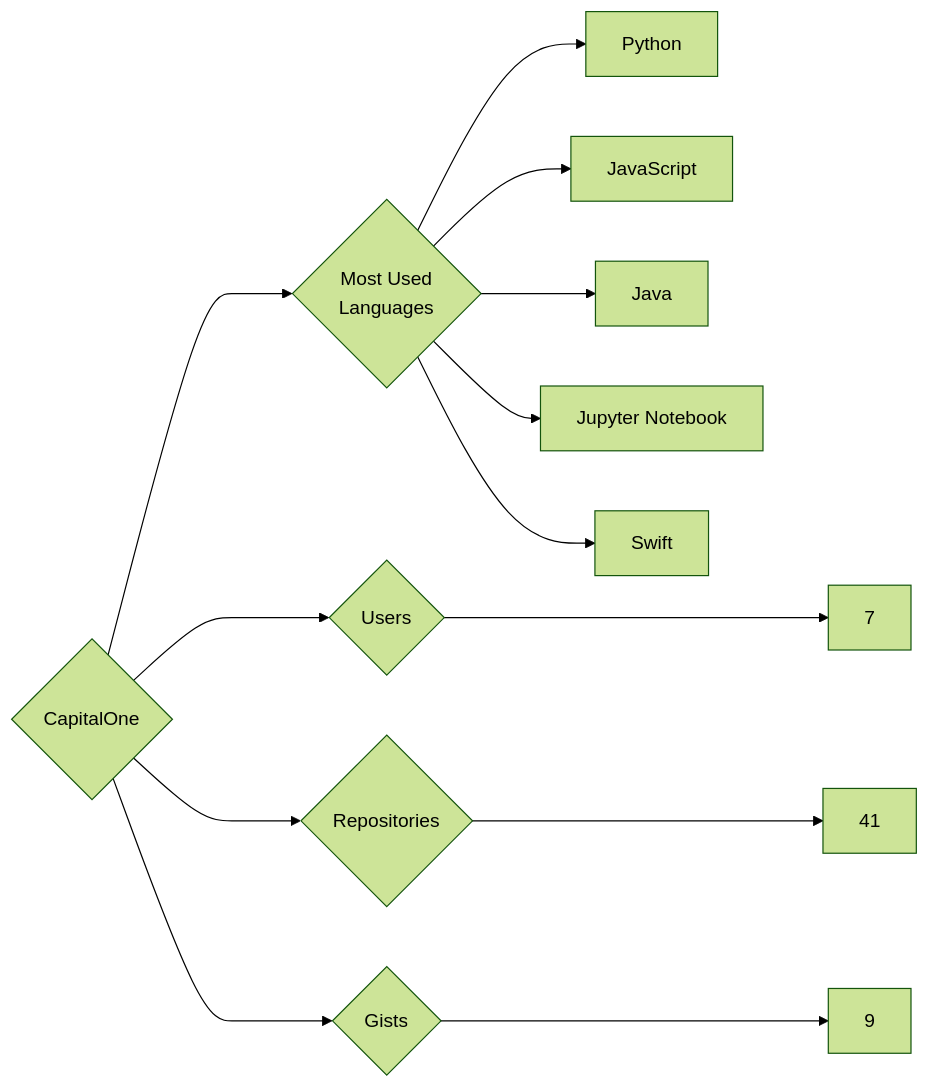
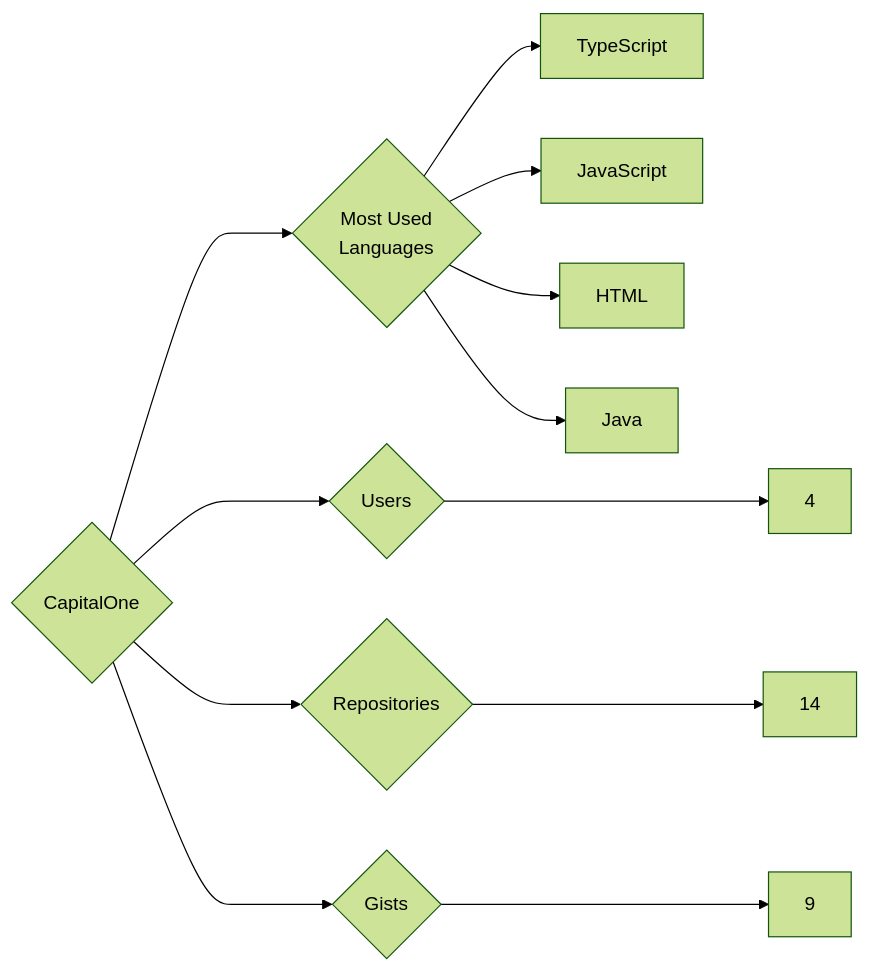
One commit to trickest/insiders changed the diagram in targets/CapitalOne/README.md. Above: the diagram before and after it, drawn with Mermaid (forest theme). The commit also changed 1167 other files, not shown here.

````diff
--- a/targets/CapitalOne/README.md
+++ b/targets/CapitalOne/README.md
@@ -3,13 +3,12 @@
 ```mermaid
 graph LR
 COMPANY_NAME{CapitalOne}
-COMPANY_NAME ---> U{Users} ---> UN[7]
-COMPANY_NAME ---> R{Repositories} ---> RN[41]
+COMPANY_NAME ---> U{Users} ---> UN[4]
+COMPANY_NAME ---> R{Repositories} ---> RN[14]
 COMPANY_NAME ---> G{Gists} ---> GN[9]
 COMPANY_NAME ---> ML{Most Used<br>Languages}
-ML --> Python[Python]
+ML --> TypeScript[TypeScript]
 ML --> JavaScript[JavaScript]
+ML --> HTML[HTML]
 ML --> Java[Java]
-ML --> Jupyter_Notebook[Jupyter Notebook]
-ML --> Swift[Swift]
 ```
````
